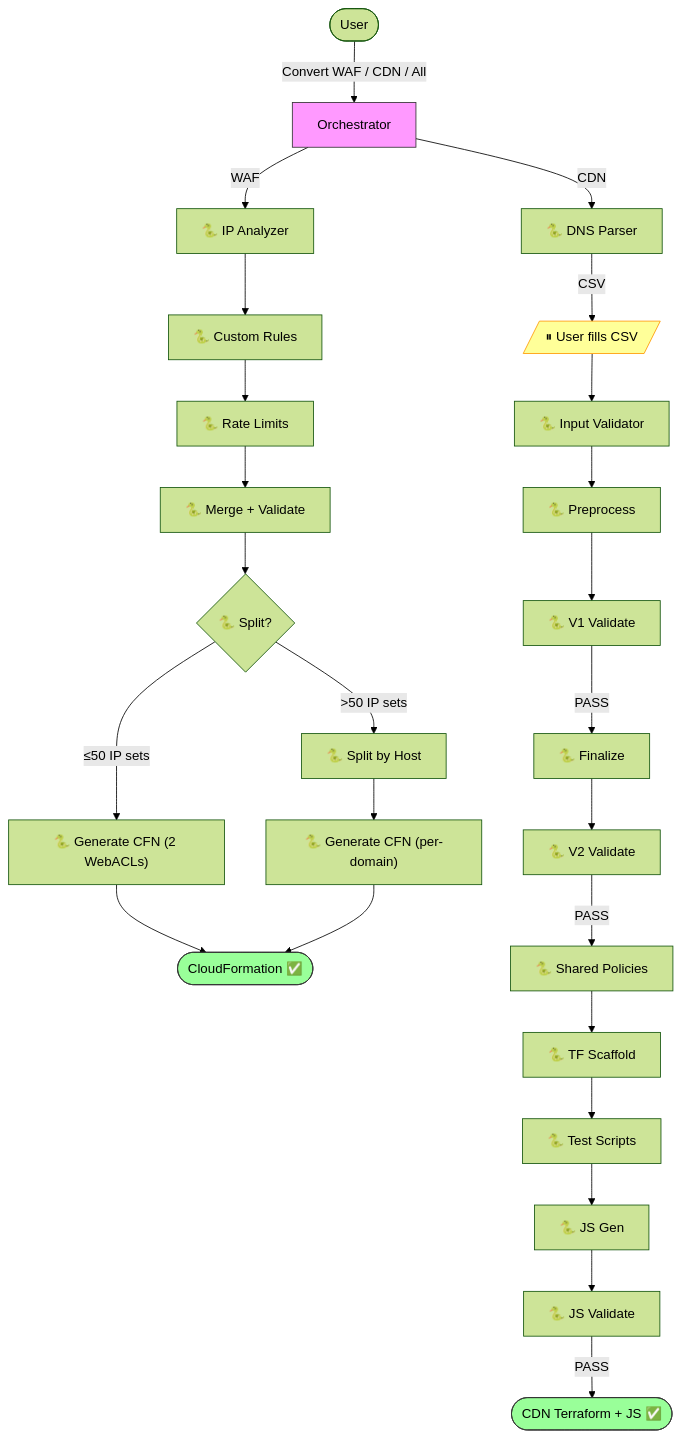
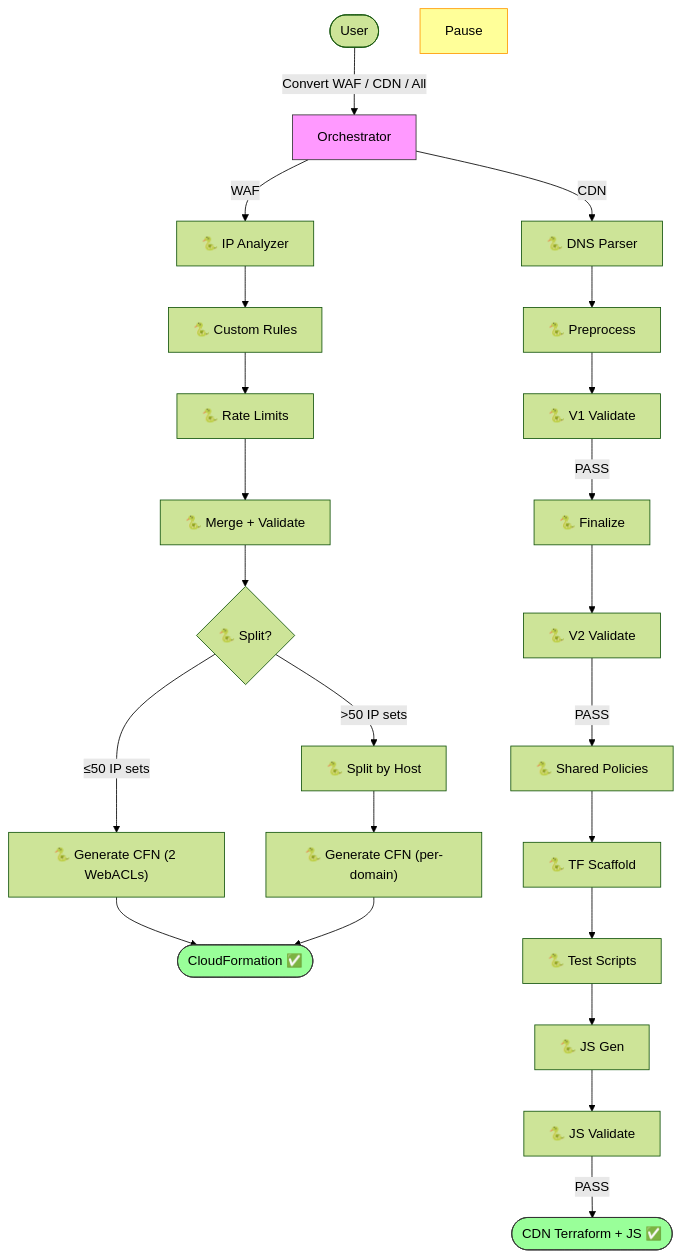
The diagram in README.md (chenghit/cloudflare-aws-edge-config-converter), drawn with Mermaid (forest theme) before and after one commit. The commit also changed other lines of this file and 5 other files, not shown here.

First line of the commit message:
feat: remove user CSV input — Stage 1 generates domain_scope.json directly

````diff
--- a/README.md
+++ b/README.md
@@ -82,25 +82,23 @@
 ```mermaid
 flowchart TD
     User([User]) -->|"Convert WAF / CDN / All"| Main["Orchestrator"]
 
     Main -->|WAF| WAF_A1["🐍 IP Analyzer"] --> WAF_A2["🐍 Custom Rules"] --> WAF_A3["🐍 Rate Limits"] --> WAF_M["🐍 Merge + Validate"] --> WAF_S{"🐍 Split?"} -->|"≤50 IP sets"| WAF_G["🐍 Generate CFN (2 WebACLs)"] --> WAF_Done([CloudFormation ✅])
     WAF_S -->|">50 IP sets"| WAF_SP["🐍 Split by Host"] --> WAF_GP["🐍 Generate CFN (per-domain)"] --> WAF_Done
 
-    Main -->|CDN| CDN1["🐍 DNS Parser"] -->|CSV| Pause[/"⏸ User fills CSV"/]
-    Pause --> CDN2["🐍 Input Validator"]
-    CDN2 --> CDN3["🐍 Preprocess"]
+    Main -->|CDN| CDN1["🐍 DNS Parser"] --> CDN3["🐍 Preprocess"]
     CDN3 --> CDN4["🐍 V1 Validate"]
     CDN4 -->|PASS| CDN5["🐍 Finalize"]
     CDN5 --> CDN6["🐍 V2 Validate"]
     CDN6 -->|PASS| CDN7["🐍 Shared Policies"]
     CDN7 --> CDN75["🐍 TF Scaffold"]
     CDN75 --> CDN76["🐍 Test Scripts"]
     CDN76 --> CDN8["🐍 JS Gen"]
     CDN8 --> CDN9["🐍 JS Validate"]
     CDN9 -->|PASS| CDN_Done([CDN Terraform + JS ✅])
 
     style Main fill:#f9f,stroke:#333
     style Pause fill:#ff9,stroke:#f90
     style WAF_Done fill:#9f9,stroke:#333
     style CDN_Done fill:#9f9,stroke:#333
 ```
````
